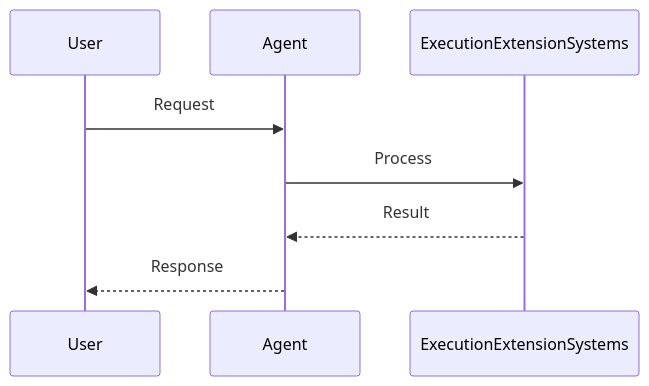
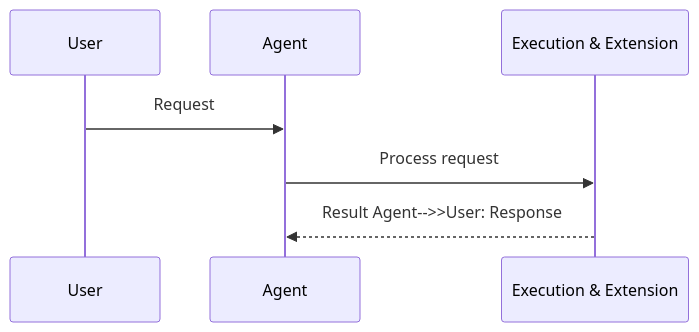
Before and after one commit to MervinPraison/PraisonAIDocs: the second of 4 diagrams in docs/features/execution-systems.mdx, drawn with Mermaid. The commit also changed 204 other files, not shown here.

First line of the commit message:
docs: align feature/tool pages with AGENTS.md hero + sequence + import standards (fixes #1775)

````diff
--- a/docs/features/execution-systems.mdx
+++ b/docs/features/execution-systems.mdx
@@ -43,11 +43,10 @@
 ```mermaid
 sequenceDiagram
     participant User
     participant Agent
-    participant ExecutionExtensionSystems
+    participant Feature as Execution & Extension 
 
     User->>Agent: Request
-    Agent->>ExecutionExtensionSystems: Process
-    ExecutionExtensionSystems-->>Agent: Result
-    Agent-->>User: Response
+    Agent->>Feature: Process request
+    Feature-->>Agent: Result    Agent-->>User: Response
 ```
````
